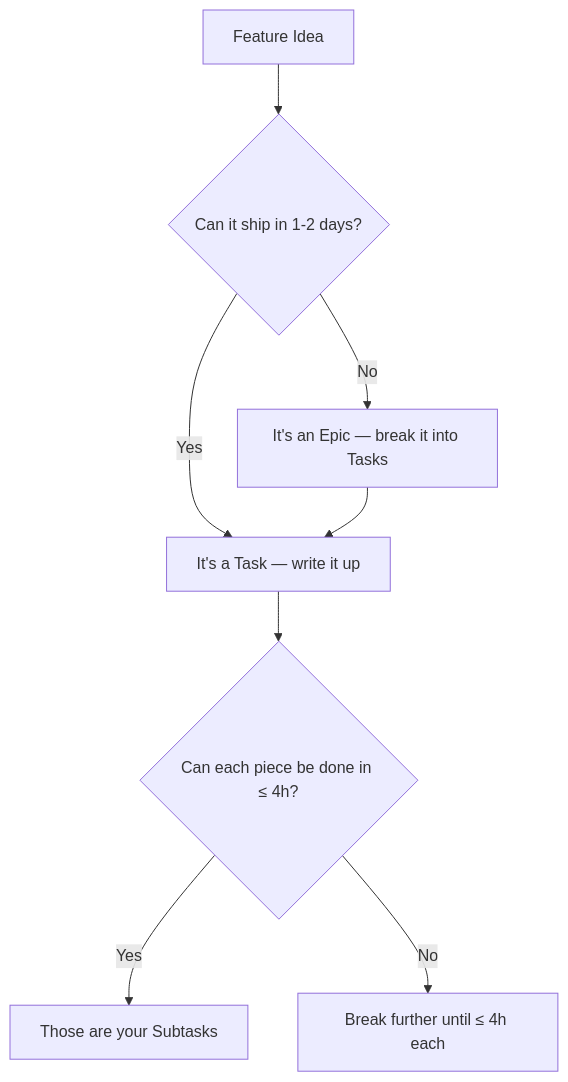
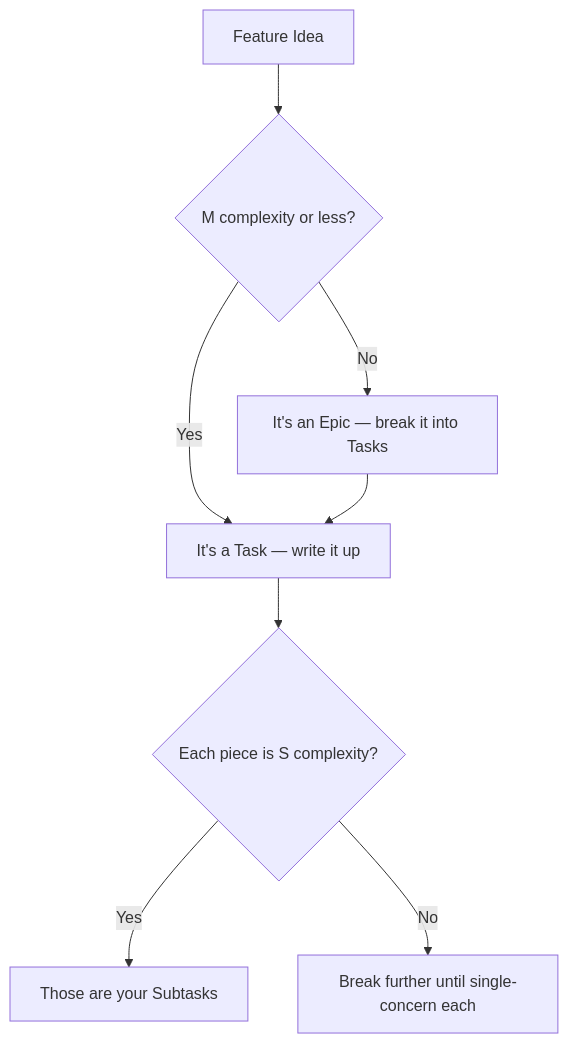
The second of 2 diagrams in docs/lifecycle/README.md (moniav/sk), drawn with Mermaid before and after one commit. The commit also changed other lines of this file and 11 other files, not shown here.

````diff
--- a/docs/lifecycle/README.md
+++ b/docs/lifecycle/README.md
@@ -160,10 +160,10 @@
 ```mermaid
 flowchart TD
-    A[Feature Idea] --> B{Can it ship in 1-2 days?}
+    A[Feature Idea] --> B{M complexity or less?}
     B -->|Yes| C[It's a Task — write it up]
     B -->|No| D[It's an Epic — break it into Tasks]
-    C --> E{Can each piece be done in ≤ 4h?}
+    C --> E{Each piece is S complexity?}
     E -->|Yes| F[Those are your Subtasks]
-    E -->|No| G[Break further until ≤ 4h each]
+    E -->|No| G[Break further until single-concern each]
     D --> C
 ```
````
